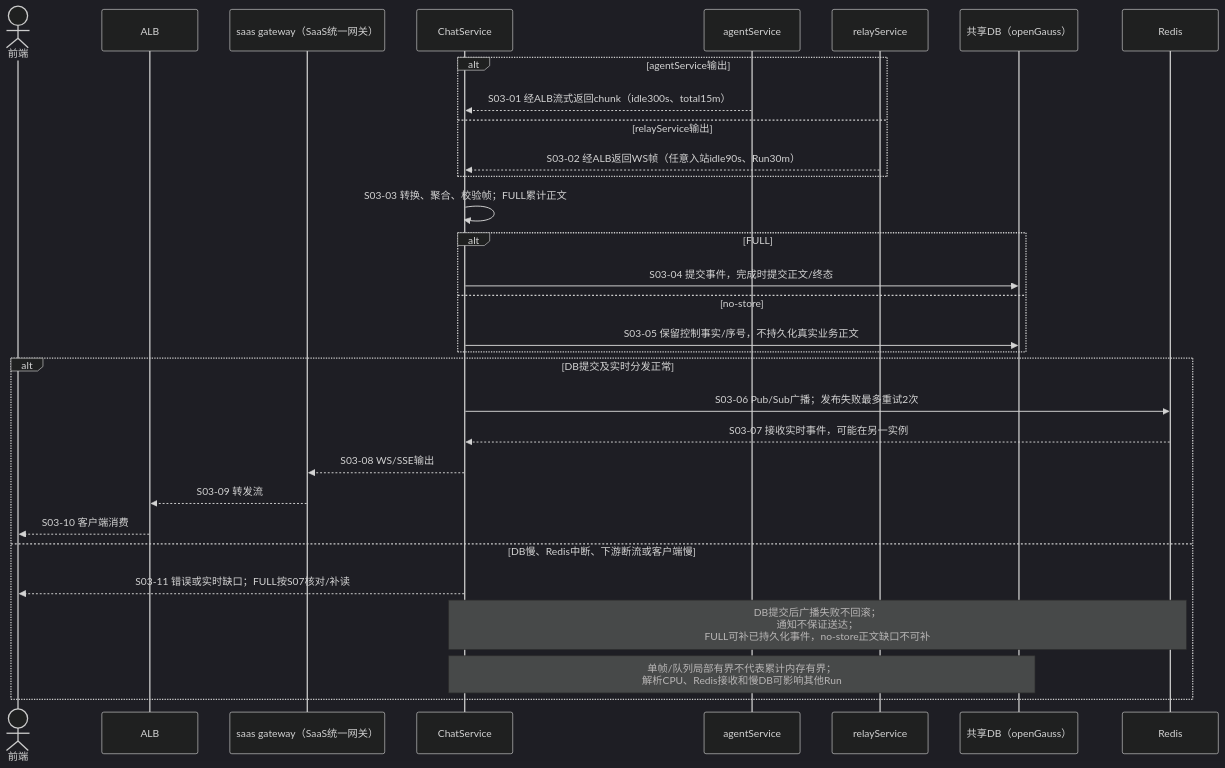
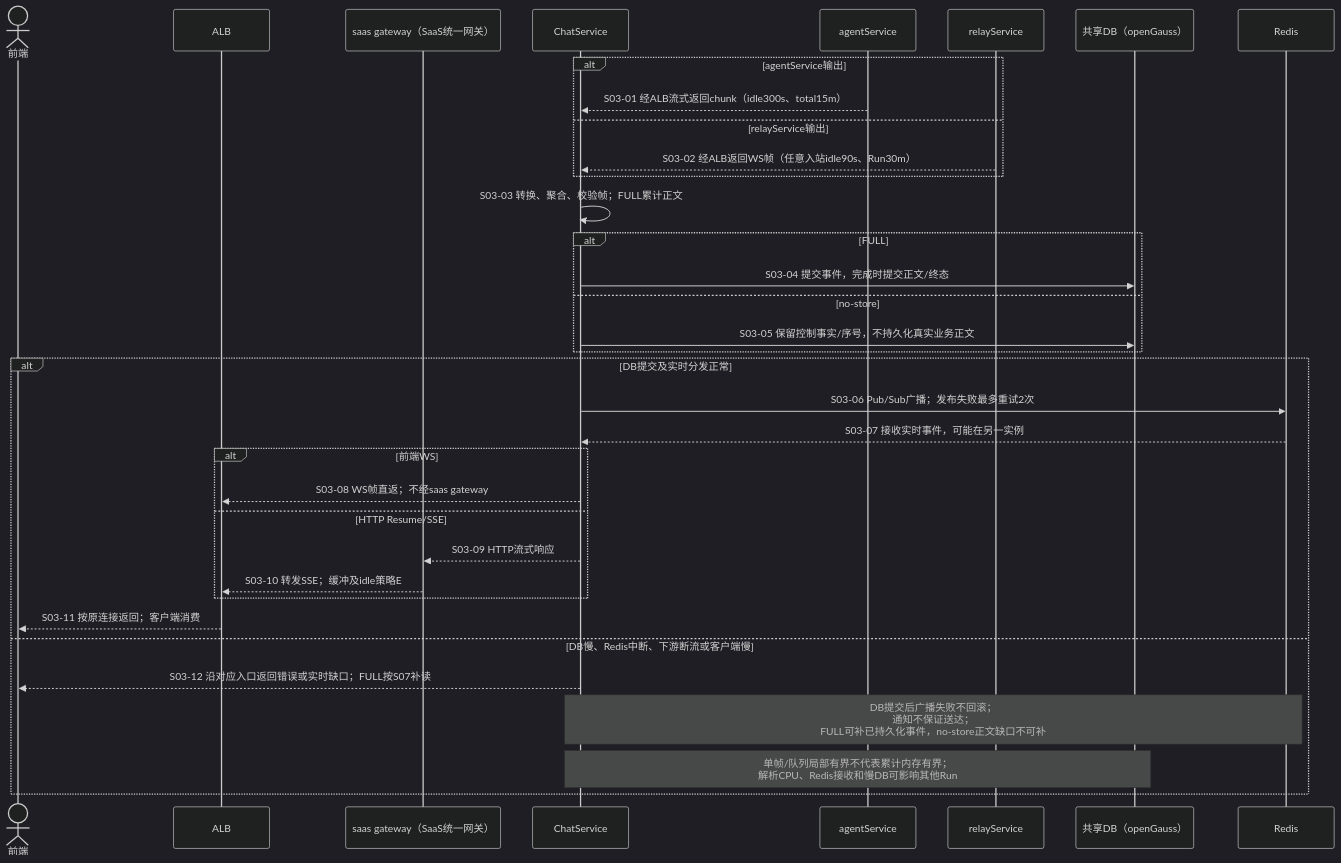
Before and after one commit to kunben-duck/exweb: the third of 12 diagrams in docs/architecture/high-availability/scenarios.md, drawn with Mermaid (dark theme). The commit also changed other lines of this file and 9 other files, not shown here.

````diff
--- a/docs/architecture/high-availability/scenarios.md
+++ b/docs/architecture/high-availability/scenarios.md
@@ -188,33 +188,37 @@
 ```mermaid
 sequenceDiagram
 actor WEB as 前端
     participant ALB
     participant GW as saas gateway（SaaS统一网关）
     participant CHAT as ChatService
     participant AGENT as agentService
     participant RELAY as relayService
     participant DB as 共享DB（openGauss）
     participant REDIS as Redis
     alt agentService输出
         AGENT-->>CHAT: S03-01 经ALB流式返回chunk（idle300s、total15m）
     else relayService输出
         RELAY-->>CHAT: S03-02 经ALB返回WS帧（任意入站idle90s、Run30m）
     end
     CHAT->>CHAT: S03-03 转换、聚合、校验帧；FULL累计正文
     alt FULL
         CHAT->>DB: S03-04 提交事件，完成时提交正文/终态
     else no-store
         CHAT->>DB: S03-05 保留控制事实/序号，不持久化真实业务正文
     end
     alt DB提交及实时分发正常
         CHAT->>REDIS: S03-06 Pub/Sub广播；发布失败最多重试2次
         REDIS-->>CHAT: S03-07 接收实时事件，可能在另一实例
-        CHAT-->>GW: S03-08 WS/SSE输出
-        GW-->>ALB: S03-09 转发流
-        ALB-->>WEB: S03-10 客户端消费
+        alt 前端WS
+            CHAT-->>ALB: S03-08 WS帧直返；不经saas gateway
+        else HTTP Resume/SSE
+            CHAT-->>GW: S03-09 HTTP流式响应
+            GW-->>ALB: S03-10 转发SSE；缓冲及idle策略E
+        end
+        ALB-->>WEB: S03-11 按原连接返回；客户端消费
     else DB慢、Redis中断、下游断流或客户端慢
-        CHAT-->>WEB: S03-11 错误或实时缺口；FULL按S07核对/补读
+        CHAT-->>WEB: S03-12 沿对应入口返回错误或实时缺口；FULL按S07补读
         Note over CHAT,REDIS: DB提交后广播失败不回滚；<br/>通知不保证送达；<br/>FULL可补已持久化事件，no-store正文缺口不可补
         Note over CHAT,DB: 单帧/队列局部有界不代表累计内存有界；<br/>解析CPU、Redis接收和慢DB可影响其他Run
     end
 ```
````
